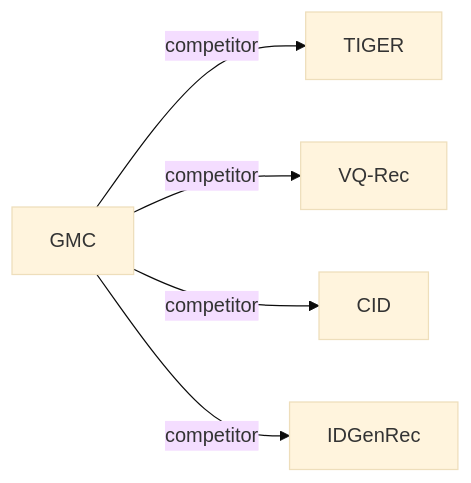
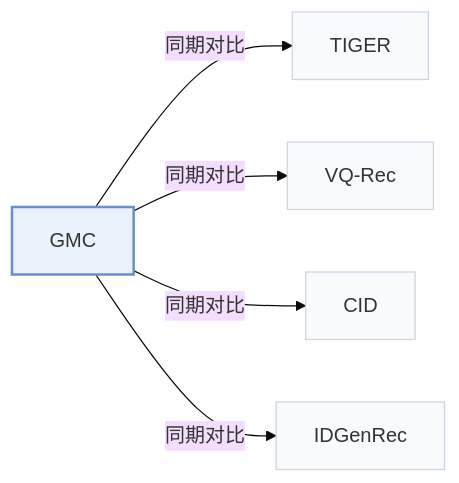
One commit to Galaxy-ghost/Awesome-SID-Generative-Rec changed the third of 3 diagrams in pages/zh/papers/gmc.md. Above: the diagram before and after it, drawn with Mermaid (base theme). The commit also changed other lines of this file and 649 other files, not shown here.

Commit message:
writer-05: also tags and modality index (schema, check, build, visuals); summary field removed; calibration data for 12 papers

````diff
--- a/pages/zh/papers/gmc.md
+++ b/pages/zh/papers/gmc.md
@@ -118,8 +132,12 @@
 ```mermaid
 flowchart LR
     P["GMC"]
-    P -->|competitor| A["TIGER"]
-    P -->|competitor| B["VQ-Rec"]
-    P -->|competitor| C["CID"]
-    P -->|competitor| D["IDGenRec"]
+    P -->|"同期对比"| A["TIGER"]
+    P -->|"同期对比"| B["VQ-Rec"]
+    P -->|"同期对比"| C["CID"]
+    P -->|"同期对比"| D["IDGenRec"]
+    classDef main fill:#eaf2fb,stroke:#6b8fc7,stroke-width:2px
+    classDef peer fill:#f8fafc,stroke:#cbd5e1
+    class P main
+    class A,B,C,D peer
 ```
````
